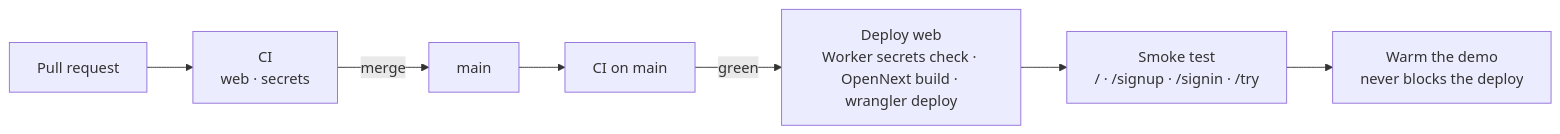
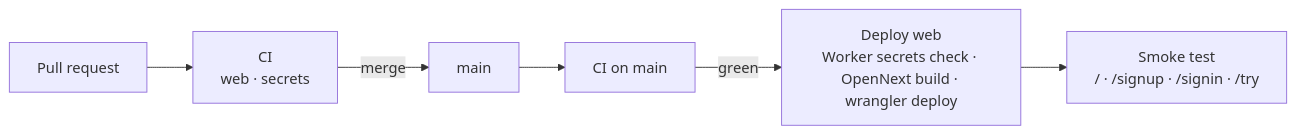
Before and after one commit to kevinMPO/kerdaxis: the third of 3 diagrams in README.md, drawn with Mermaid. The commit also changed other lines of this file and 10 other files, not shown here.

````diff
--- a/README.md
+++ b/README.md
@@ -263,9 +262,8 @@
 ```mermaid
 flowchart LR
     PR["Pull request"] --> CI["CI<br/>web · secrets"]
     CI -->|merge| M["main"]
     M --> CI2["CI on main"]
     CI2 -->|green| D["Deploy web<br/>Worker secrets check · OpenNext build · wrangler deploy"]
     D --> S["Smoke test<br/>/ · /signup · /signin · /try"]
-    S --> W["Warm the demo<br/>never blocks the deploy"]
 ```
````
